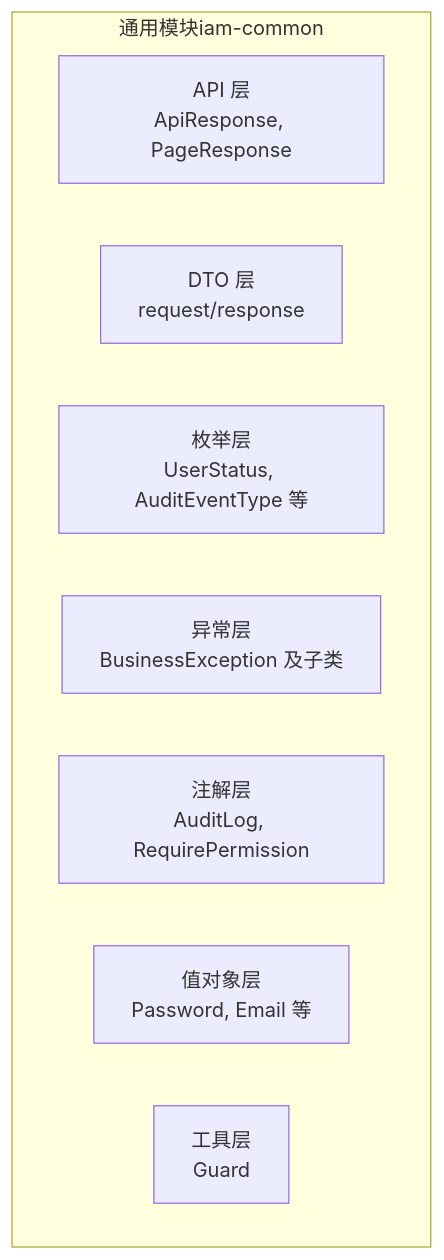
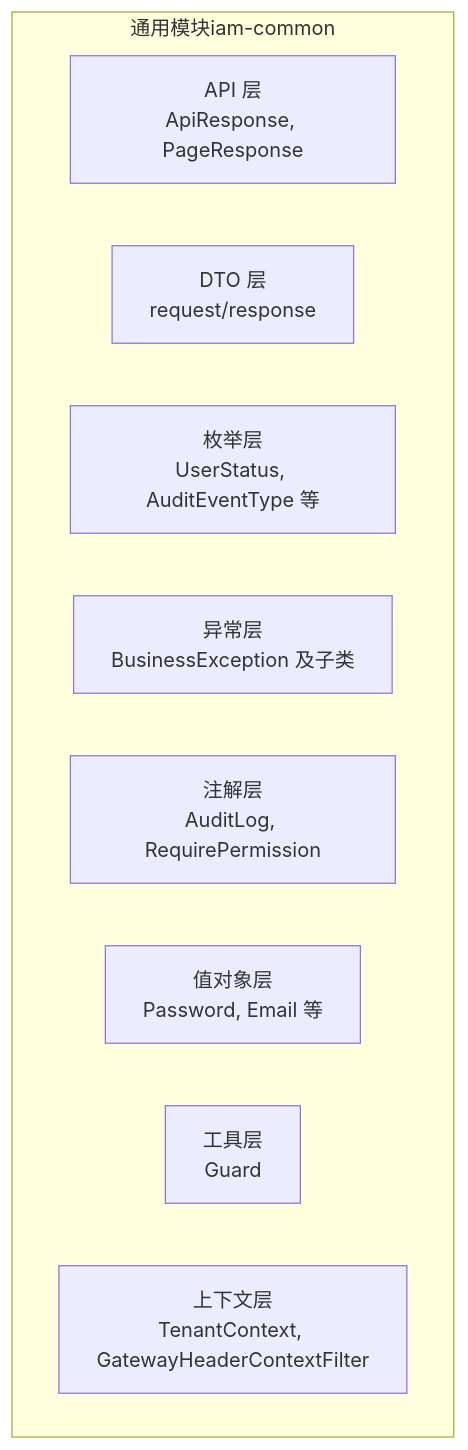
Before and after one commit to fq0121104930716/iam-platform: the first of 13 diagrams in .qoder/repowiki/zh/content/核心模块/通用模块 (iam-common).md, drawn with Mermaid. The commit also changed other lines of this file and 13 other files, not shown here.

````diff
--- a/.qoder/repowiki/zh/content/核心模块/通用模块 (iam-common).md
+++ b/.qoder/repowiki/zh/content/核心模块/通用模块 (iam-common).md
@@ -38,12 +51,13 @@
 ```mermaid
 graph TB
 subgraph "通用模块iam-common"
 API["API 层<br/>ApiResponse, PageResponse"]
 DTO["DTO 层<br/>request/response"]
 ENUM["枚举层<br/>UserStatus, AuditEventType 等"]
 EXC["异常层<br/>BusinessException 及子类"]
 ANNOT["注解层<br/>AuditLog, RequirePermission"]
 VO["值对象层<br/>Password, Email 等"]
 UTIL["工具层<br/>Guard"]
+CTX["上下文层<br/>TenantContext, GatewayHeaderContextFilter"]
 end
 ```
````
